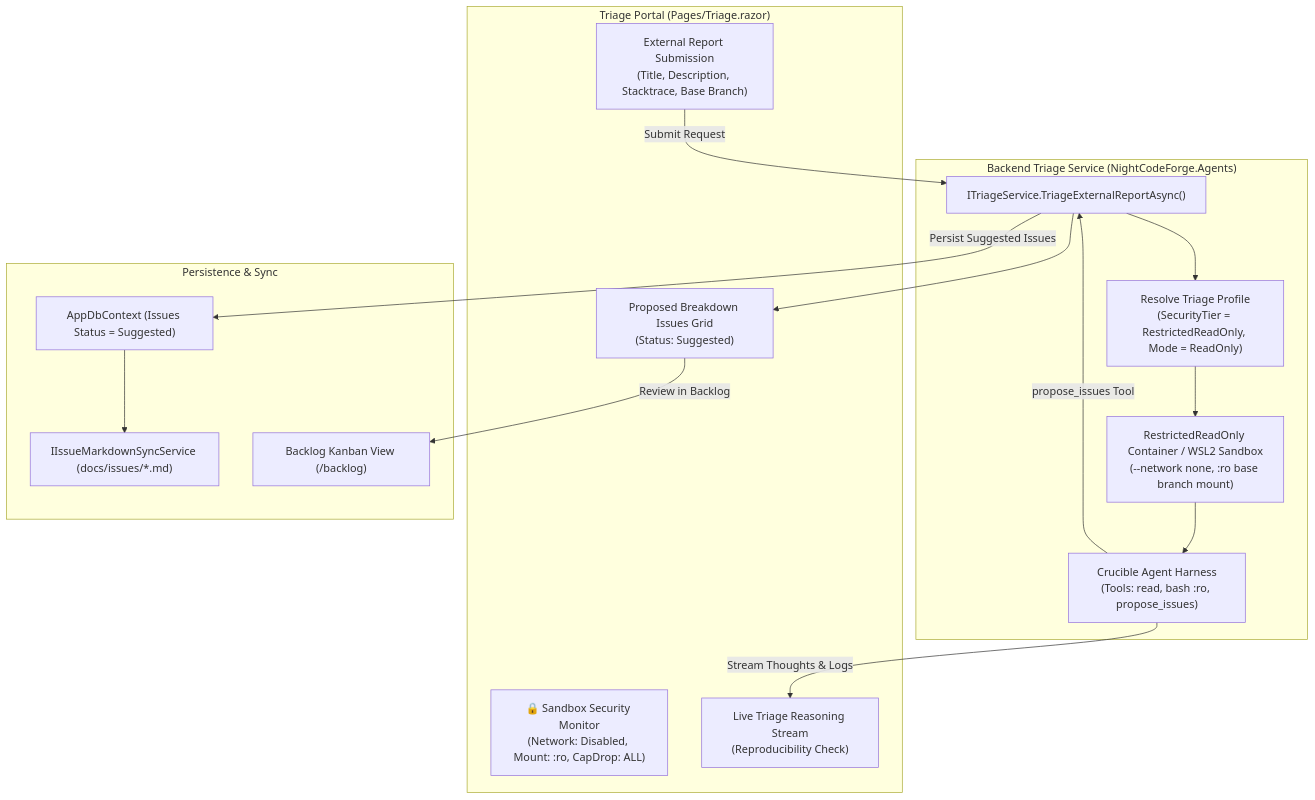
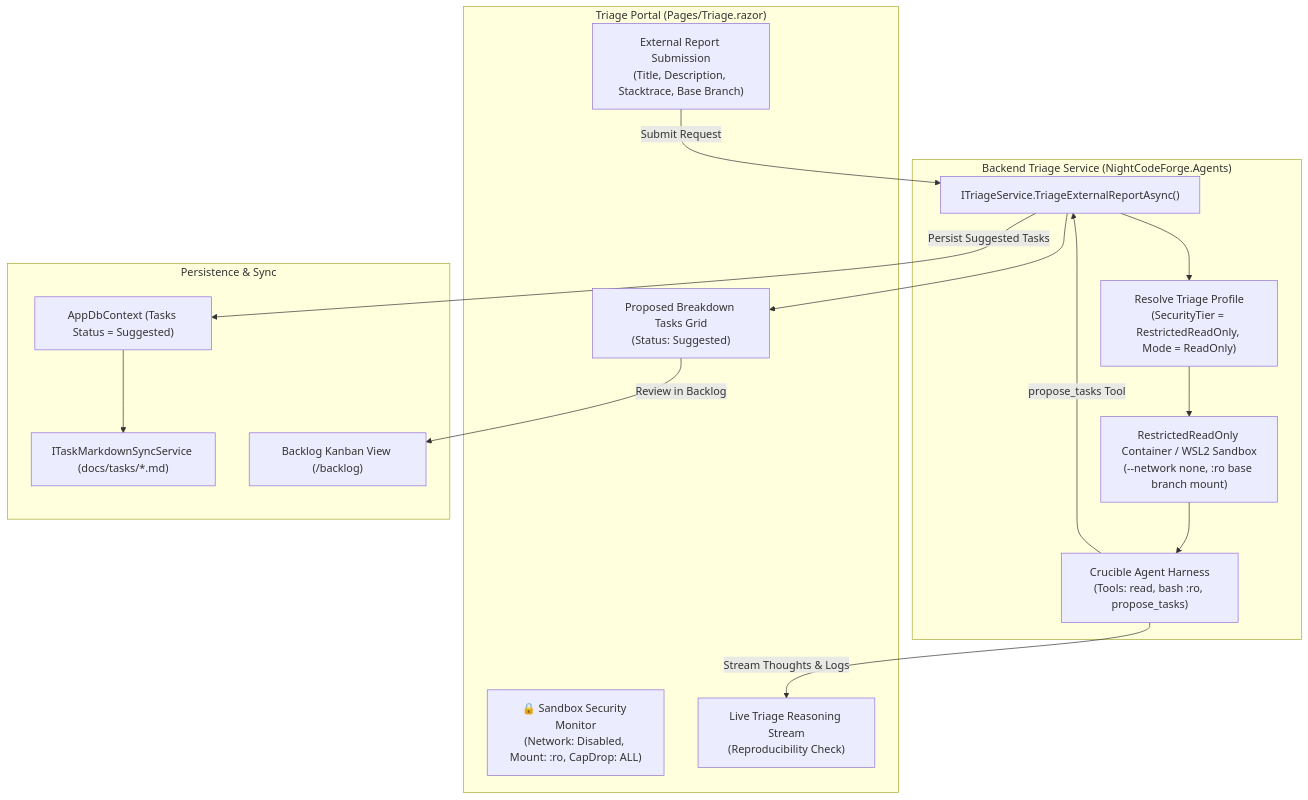
Before and after one commit to jetelain/NightCodeForge: the diagram in docs/plan/phase-5/STEP_5_10_UNTRUSTED_INTAKE_AND_TRIAGE.md, drawn with Mermaid. The commit also changed other lines of this file and 151 other files, not shown here.

````diff
--- a/docs/plan/phase-5/STEP_5_10_UNTRUSTED_INTAKE_AND_TRIAGE.md
+++ b/docs/plan/phase-5/STEP_5_10_UNTRUSTED_INTAKE_AND_TRIAGE.md
@@ -35,33 +35,33 @@
 ```mermaid
 flowchart TD
     subgraph IntakePortal ["Triage Portal (Pages/Triage.razor)"]
         ReportForm["External Report Submission\n(Title, Description, Stacktrace, Base Branch)"]
         SecurityBanner["🔒 Sandbox Security Monitor\n(Network: Disabled, Mount: :ro, CapDrop: ALL)"]
         TriageStream["Live Triage Reasoning Stream\n(Reproducibility Check)"]
-        ProposedGrid["Proposed Breakdown Issues Grid\n(Status: Suggested)"]
+        ProposedGrid["Proposed Breakdown Tasks Grid\n(Status: Suggested)"]
     end
 
     subgraph BackendTriage ["Backend Triage Service (NightCodeForge.Agents)"]
         TriageSvc["ITriageService.TriageExternalReportAsync()"]
         ProfileResolver["Resolve Triage Profile\n(SecurityTier = RestrictedReadOnly, Mode = ReadOnly)"]
         Sandbox["RestrictedReadOnly Container / WSL2 Sandbox\n(--network none, :ro base branch mount)"]
-        Crucible["Crucible Agent Harness\n(Tools: read, bash :ro, propose_issues)"]
+        Crucible["Crucible Agent Harness\n(Tools: read, bash :ro, propose_tasks)"]
     end
 
     subgraph Persistence ["Persistence & Sync"]
-        AppDb["AppDbContext (Issues Status = Suggested)"]
-        MarkdownSync["IIssueMarkdownSyncService (docs/issues/*.md)"]
+        AppDb["AppDbContext (Tasks Status = Suggested)"]
+        MarkdownSync["ITaskMarkdownSyncService (docs/tasks/*.md)"]
         Backlog["Backlog Kanban View (/backlog)"]
     end
 
     ReportForm -->|Submit Request| TriageSvc
     TriageSvc --> ProfileResolver
     ProfileResolver --> Sandbox
     Sandbox --> Crucible
     Crucible -->|Stream Thoughts & Logs| TriageStream
-    Crucible -->|propose_issues Tool| TriageSvc
-    TriageSvc -->|Persist Suggested Issues| AppDb
+    Crucible -->|propose_tasks Tool| TriageSvc
+    TriageSvc -->|Persist Suggested Tasks| AppDb
     AppDb --> MarkdownSync
     TriageSvc --> ProposedGrid
     ProposedGrid -->|Review in Backlog| Backlog
 ```
````
